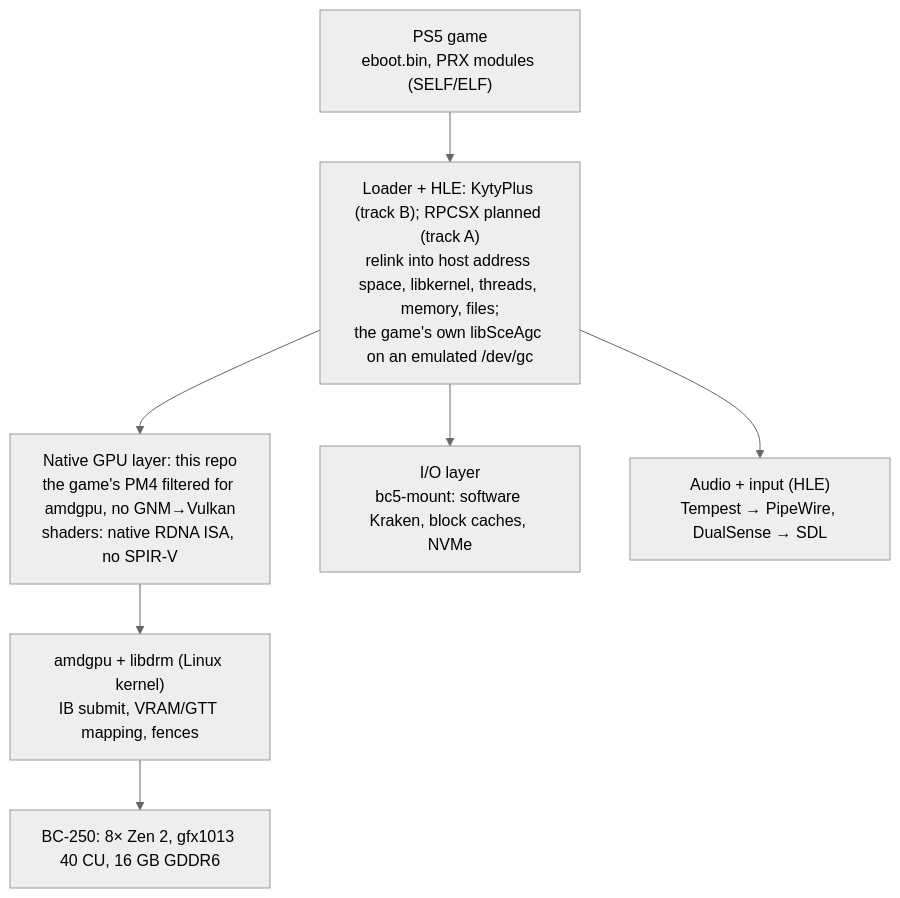
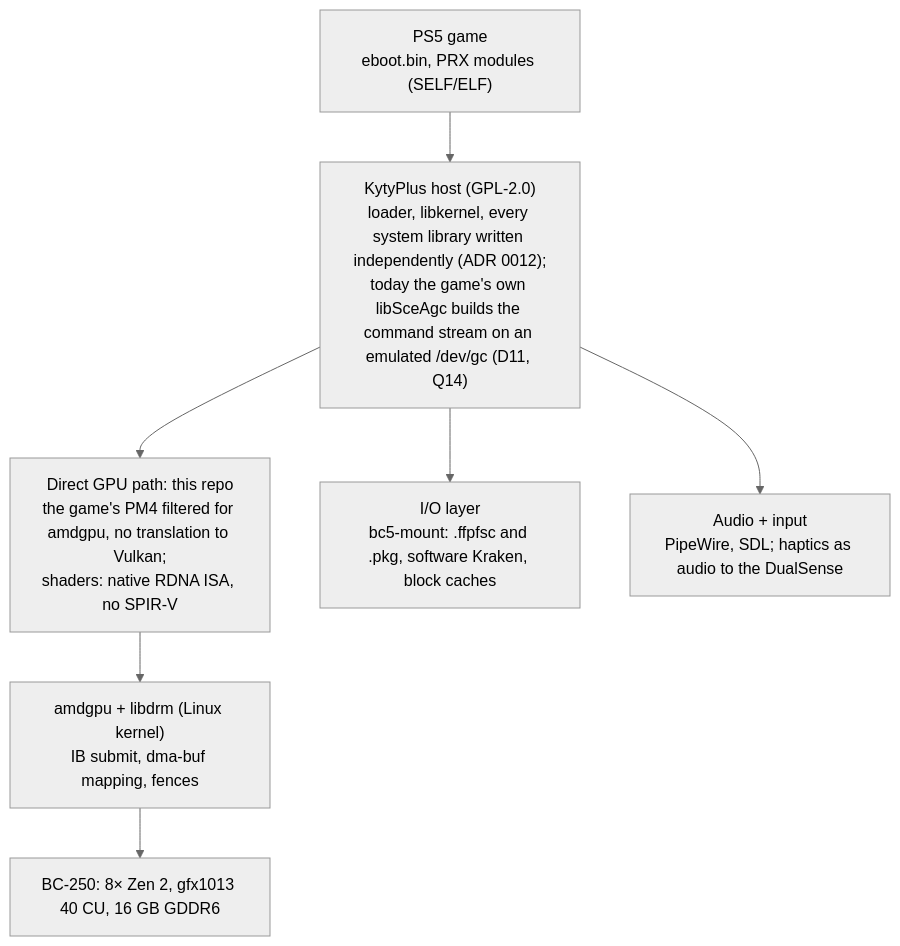
Before and after one commit to RedMadKnight/BC5: the diagram in README.md, drawn with Mermaid (neutral theme). The commit also changed other lines of this file and 2 other files, not shown here.

````diff
--- a/README.md
+++ b/README.md
@@ -53,13 +38,13 @@
 ```mermaid
 flowchart TD
     G["PS5 game<br/>eboot.bin, PRX modules (SELF/ELF)"]
-    L["Loader + HLE: KytyPlus (track B); RPCSX planned (track A)<br/>relink into host address space, libkernel, threads, memory, files;<br/>the game's own libSceAgc on an emulated /dev/gc"]
-    B["Native GPU layer: this repo<br/>the game's PM4 filtered for amdgpu, no GNM→Vulkan<br/>shaders: native RDNA ISA, no SPIR-V"]
-    K["amdgpu + libdrm (Linux kernel)<br/>IB submit, VRAM/GTT mapping, fences"]
+    L["KytyPlus host (GPL-2.0)<br/>loader, libkernel, every system library written independently (ADR 0012);<br/>today the game's own libSceAgc builds the command stream on an emulated /dev/gc (D11, Q14)"]
+    B["Direct GPU path: this repo<br/>the game's PM4 filtered for amdgpu, no translation to Vulkan;<br/>shaders: native RDNA ISA, no SPIR-V"]
+    K["amdgpu + libdrm (Linux kernel)<br/>IB submit, dma-buf mapping, fences"]
     H["BC-250: 8× Zen 2, gfx1013 40 CU, 16 GB GDDR6"]
-    IO["I/O layer<br/>bc5-mount: software Kraken, block caches, NVMe"]
-    AU["Audio + input (HLE)<br/>Tempest → PipeWire, DualSense → SDL"]
+    IO["I/O layer<br/>bc5-mount: .ffpfsc and .pkg, software Kraken, block caches"]
+    AU["Audio + input<br/>PipeWire, SDL; haptics as audio to the DualSense"]
     G --> L --> B --> K --> H
     L --> IO
     L --> AU
 ```
````
